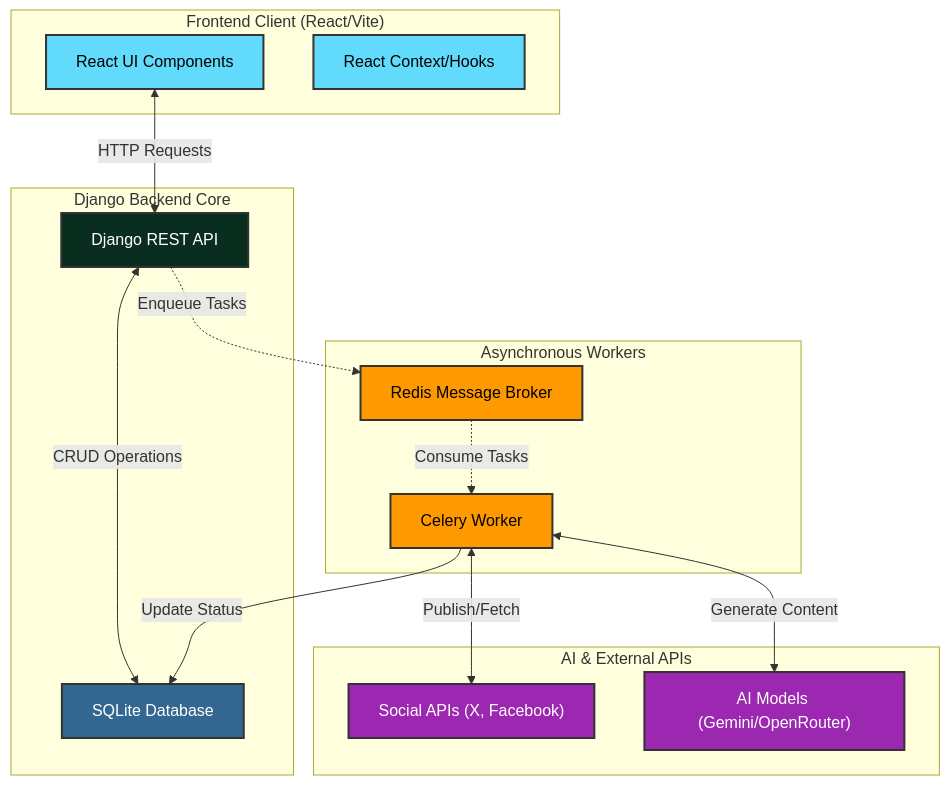
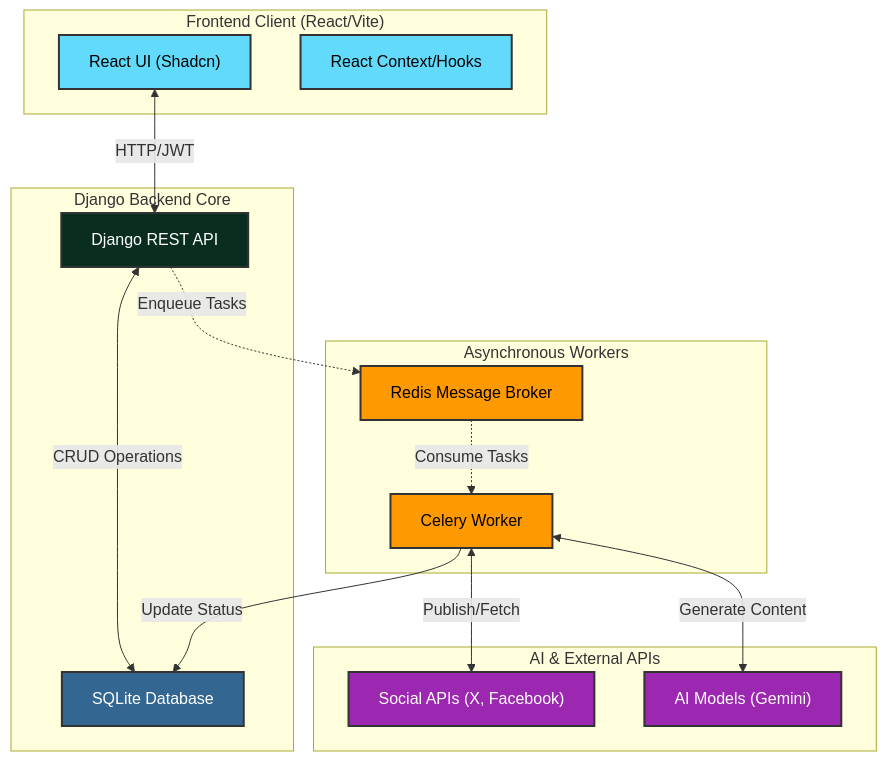
The first of 3 diagrams in README.md (akshitsharmacodes/CruiseContent), drawn with Mermaid before and after one commit. The commit also changed other lines of this file, not shown here.

Commit message:
docs: update architecture diagrams and developer setup guide

````diff
--- a/README.md
+++ b/README.md
@@ -88,39 +9,39 @@
 ```mermaid
 graph TD
     %% Define Styles
     classDef frontend fill:#61DAFB,stroke:#333,stroke-width:2px,color:black;
     classDef backend fill:#092E20,stroke:#333,stroke-width:2px,color:white;
     classDef async fill:#FF9900,stroke:#333,stroke-width:2px,color:black;
     classDef ai fill:#9C27B0,stroke:#333,stroke-width:2px,color:white;
     classDef db fill:#336791,stroke:#333,stroke-width:2px,color:white;
 
     subgraph "Frontend Client (React/Vite)"
-        UI["React UI Components"]:::frontend
+        UI["React UI (Shadcn)"]:::frontend
         State["React Context/Hooks"]:::frontend
     end
 
     subgraph "Django Backend Core"
         API["Django REST API"]:::backend
         DB["SQLite Database"]:::db
     end
 
     subgraph "Asynchronous Workers"
         Broker["Redis Message Broker"]:::async
         Worker["Celery Worker"]:::async
     end
 
     subgraph "AI & External APIs"
         Social["Social APIs (X, Facebook)"]:::ai
-        LLM["AI Models (Gemini/OpenRouter)"]:::ai
+        LLM["AI Models (Gemini)"]:::ai
     end
 
     %% Data Flow
-    UI <-->|HTTP Requests| API
+    UI <-->|HTTP/JWT| API
     API <-->|CRUD Operations| DB
     
     API -.->|Enqueue Tasks| Broker
     Broker -.->|Consume Tasks| Worker
     Worker <-->|Publish/Fetch| Social
     Worker <-->|Generate Content| LLM
     Worker -->|Update Status| DB
 ```
````
